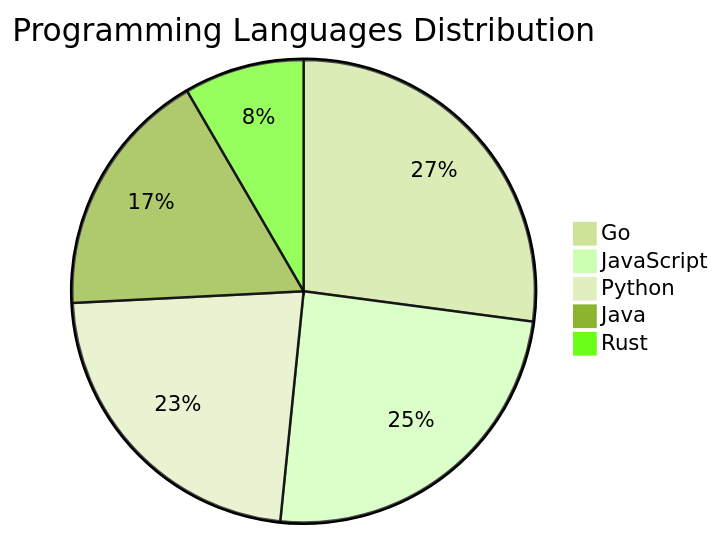
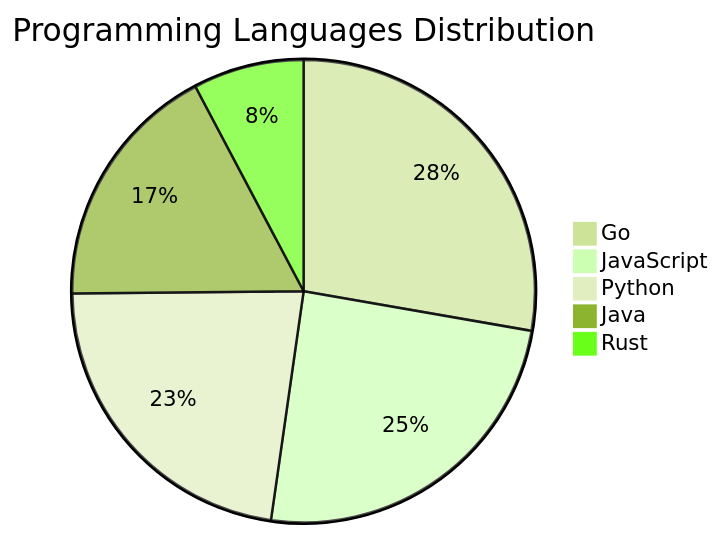
One commit to Derrick-MUGISHA/github-activity-bot changed the diagram in README.md. Above: the diagram before and after it, drawn with Mermaid (forest theme). The commit also changed other lines of this file and 4 other files, not shown here.

````diff
--- a/README.md
+++ b/README.md
@@ -205,8 +205,8 @@
 ```mermaid
 pie title Programming Languages Distribution
-    "Go" : 42
+    "Go" : 43
     "JavaScript" : 38
     "Python" : 35
     "Java" : 27
-    "Rust" : 13
+    "Rust" : 12
 ```
````
